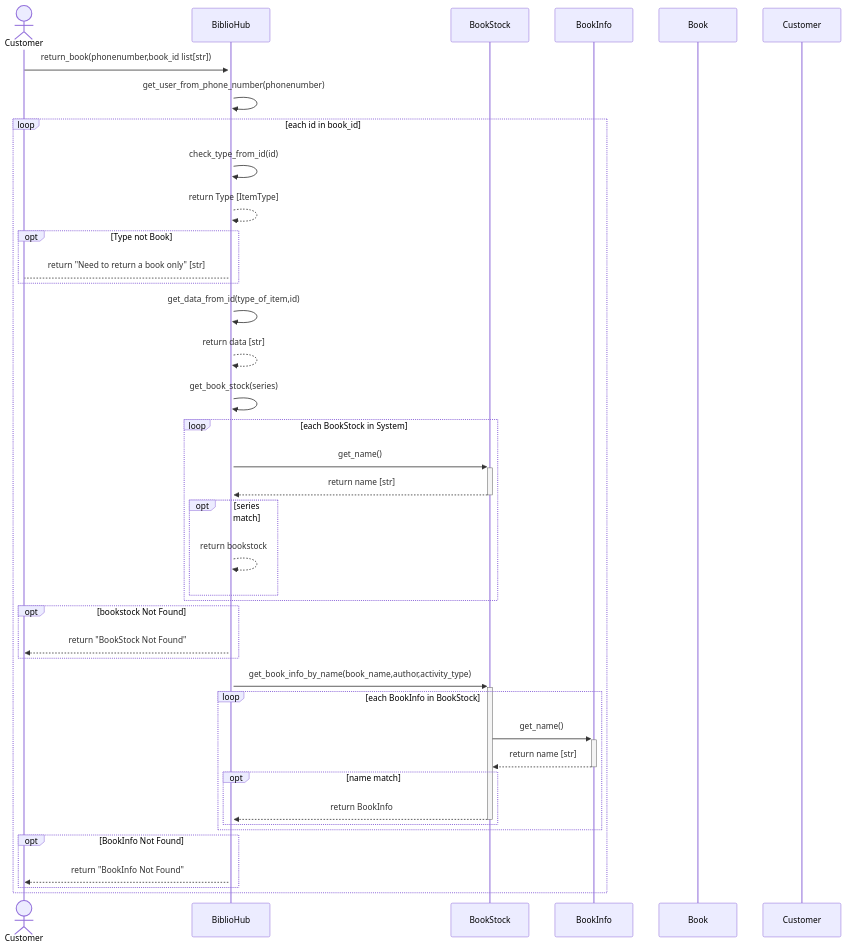
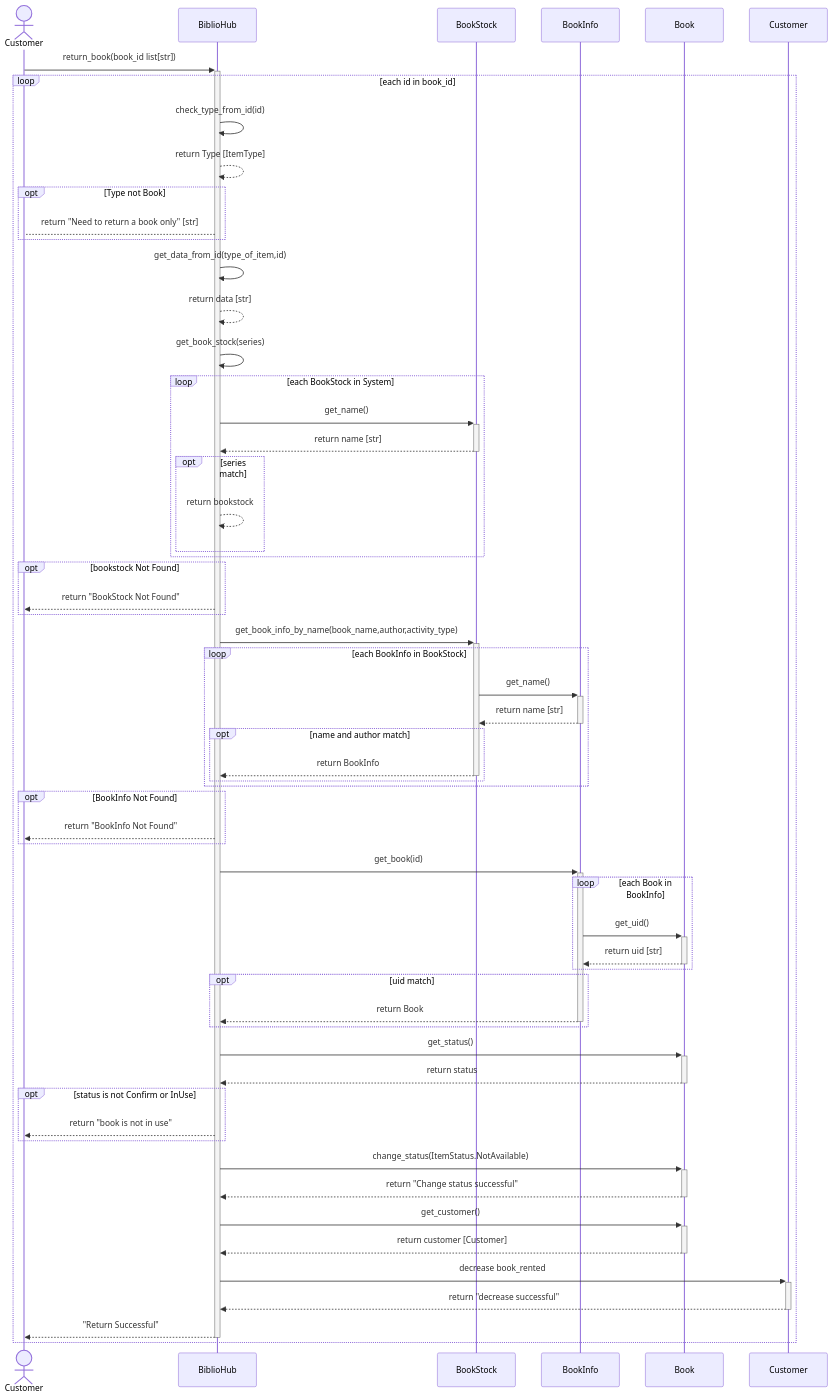
One commit to NadtaphumBadkhunthod/OOP changed the diagram in mermaid/seq_return_book.mmd. Above: the diagram before and after it, drawn with Mermaid. The commit also changed 5 other files, not shown here.

Commit message:
change order setter to method and add customer to keep in Book when Used

```diff
--- a/mermaid/seq_return_book.mmd
+++ b/mermaid/seq_return_book.mmd
@@ -1,54 +1,77 @@
 sequenceDiagram
     actor Customer
     participant System as BiblioHub
     participant BookStock
     participant BookInfo
     participant Book
     participant CS as Customer
 
-    Customer ->>+ System: return_book(phonenumber,book_id list[str])
-    System ->> System: get_user_from_phone_number(phonenumber)
+    Customer ->>+ System: return_book(book_id list[str])
 
     loop each id in book_id
         System ->> System: check_type_from_id(id)
         System -->> System: return Type [ItemType]
 
         opt Type not Book
             System --> Customer: return "Need to return a book only" [str]
         end
 
         System ->> System: get_data_from_id(type_of_item,id)
         System -->> System: return data [str]
 
         System ->> System: get_book_stock(series)
 
         loop each BookStock in System
             System ->>+ BookStock: get_name()
             BookStock -->>- System: return name [str]
 
             opt series match
                 System -->> System: return bookstock
             end
         end
 
         opt bookstock Not Found
             System -->> Customer: return "BookStock Not Found"
         end
 
         System ->>+ BookStock: get_book_info_by_name(book_name,author,activity_type)
         loop each BookInfo in BookStock
             BookStock ->>+ BookInfo: get_name()
             BookInfo -->>- BookStock: return name [str]
 
-            opt name match
+            opt name and author match
                 BookStock -->>- System: return BookInfo
             end
         end
 
         opt BookInfo Not Found
             System -->> Customer: return "BookInfo Not Found"
         end
 
+        System ->>+ BookInfo: get_book(id)
+        loop each Book in BookInfo
+            BookInfo ->>+ Book: get_uid()
+            Book -->>- BookInfo: return uid [str]
+        end
 
-        
+        opt uid match
+            BookInfo -->>- System: return Book
+        end
+
+        System ->>+ Book: get_status()
+        Book -->>- System: return status
+
+        opt status is not Confirm or InUse 
+            System -->> Customer : return "book is not in use"
+        end
+
+        System ->>+ Book: change_status(ItemStatus.NotAvailable)
+        Book -->>- System: return "Change status successful"
+
+        System ->>+ Book: get_customer()
+        Book -->>- System: return customer [Customer]
+
+        System ->>+ CS: decrease book_rented
+        CS -->>- System: return "decrease successful"
+        System -->>- Customer: "Return Successful"
     end
```
